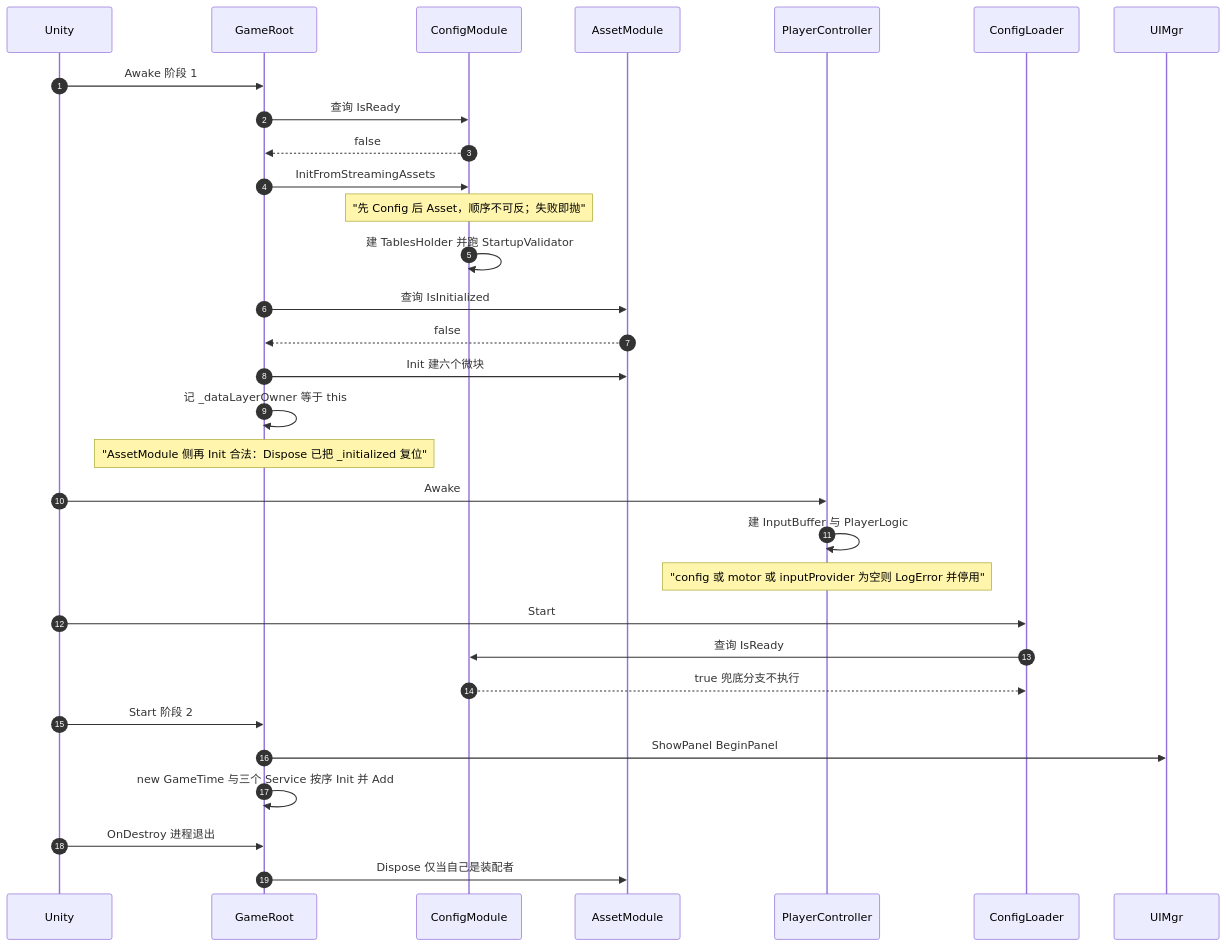
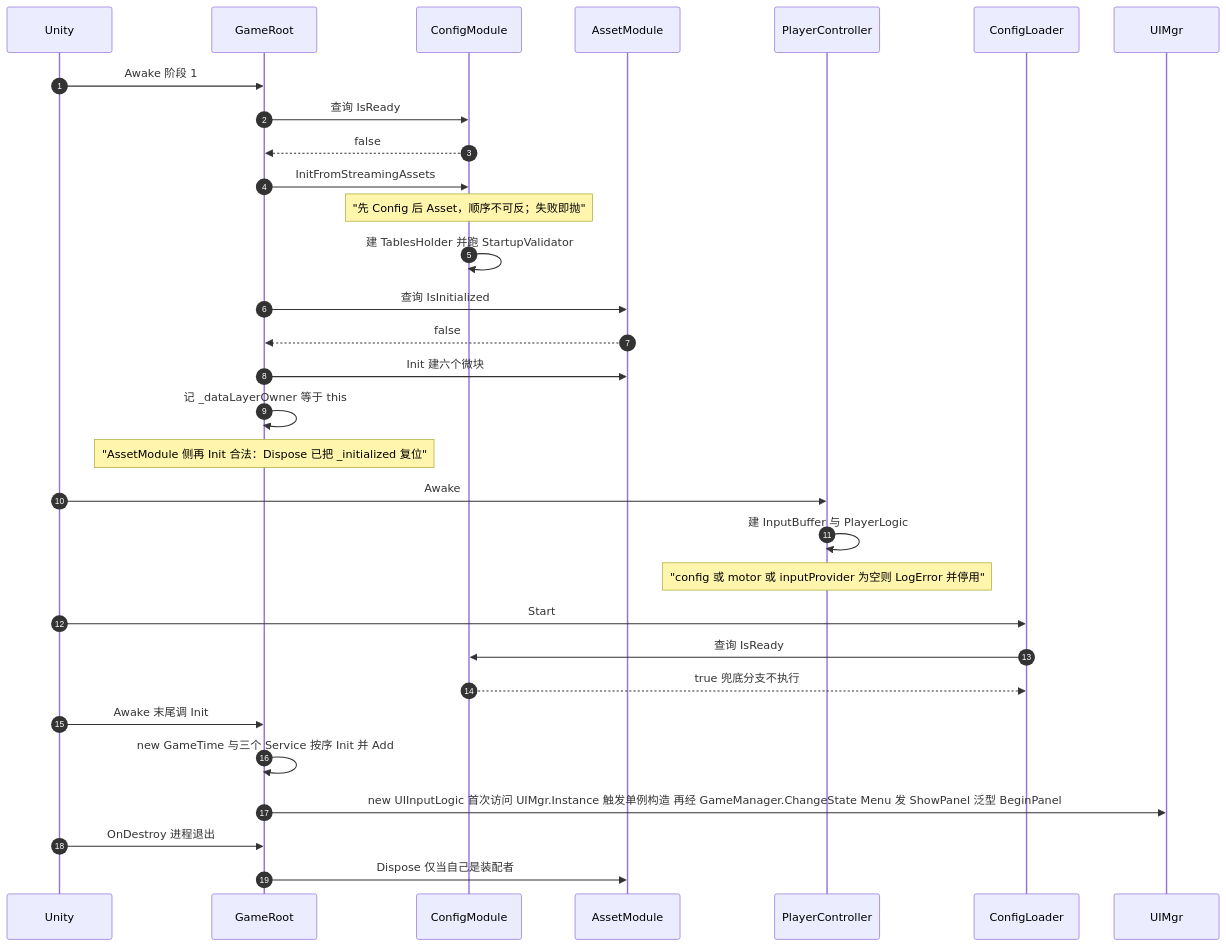
One commit to 5FYZhou/deepseaoil changed the seventh of 16 diagrams in Docs/框架设计/架构图集.md. Above: the diagram before and after it, drawn with Mermaid. The commit also changed other lines of this file and 152 other files, not shown here.

````diff
--- a/Docs/框架设计/架构图集.md
+++ b/Docs/框架设计/架构图集.md
@@ -325,33 +328,33 @@
 ```mermaid
 sequenceDiagram
     autonumber
     participant U as Unity
     participant GR as GameRoot
     participant CM as ConfigModule
     participant AM as AssetModule
     participant PC as PlayerController
     participant CL as ConfigLoader
     participant UI as UIMgr
     U->>GR: Awake 阶段 1
     GR->>CM: 查询 IsReady
     CM-->>GR: false
     GR->>CM: InitFromStreamingAssets
     Note over CM: "先 Config 后 Asset，顺序不可反；失败即抛"
     CM->>CM: 建 TablesHolder 并跑 StartupValidator
     GR->>AM: 查询 IsInitialized
     AM-->>GR: false
     GR->>AM: Init 建六个微块
     GR->>GR: 记 _dataLayerOwner 等于 this
     Note over GR: "AssetModule 侧再 Init 合法：Dispose 已把 _initialized 复位"
     U->>PC: Awake
     PC->>PC: 建 InputBuffer 与 PlayerLogic
     Note over PC: "config 或 motor 或 inputProvider 为空则 LogError 并停用"
     U->>CL: Start
     CL->>CM: 查询 IsReady
     CM-->>CL: true 兜底分支不执行
-    U->>GR: Start 阶段 2
-    GR->>UI: ShowPanel BeginPanel
+    U->>GR: Awake 末尾调 Init
     GR->>GR: new GameTime 与三个 Service 按序 Init 并 Add
+    GR->>UI: new UIInputLogic 首次访问 UIMgr.Instance 触发单例构造 再经 GameManager.ChangeState Menu 发 ShowPanel 泛型 BeginPanel
     U->>GR: OnDestroy 进程退出
     GR->>AM: Dispose 仅当自己是装配者
 ```
````
